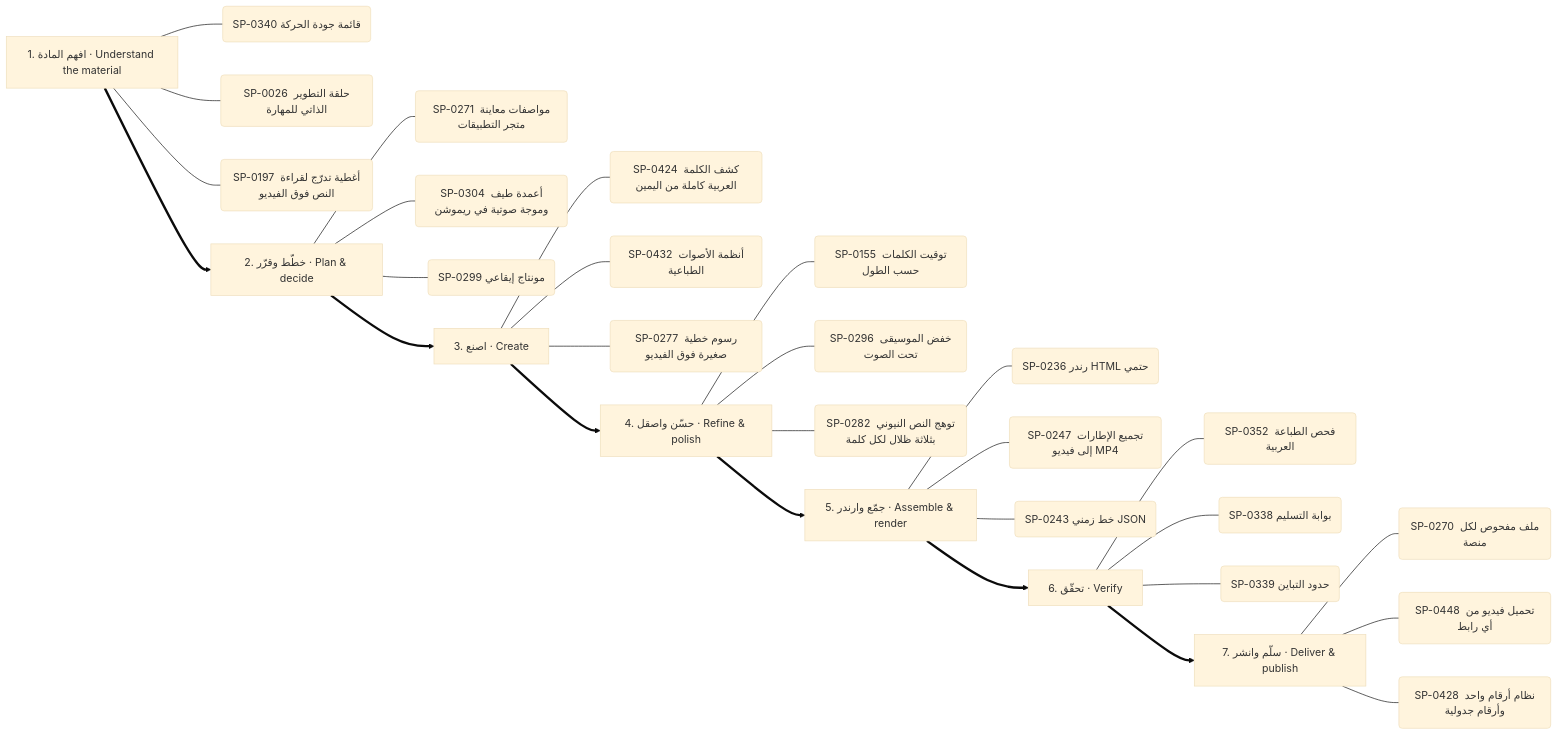
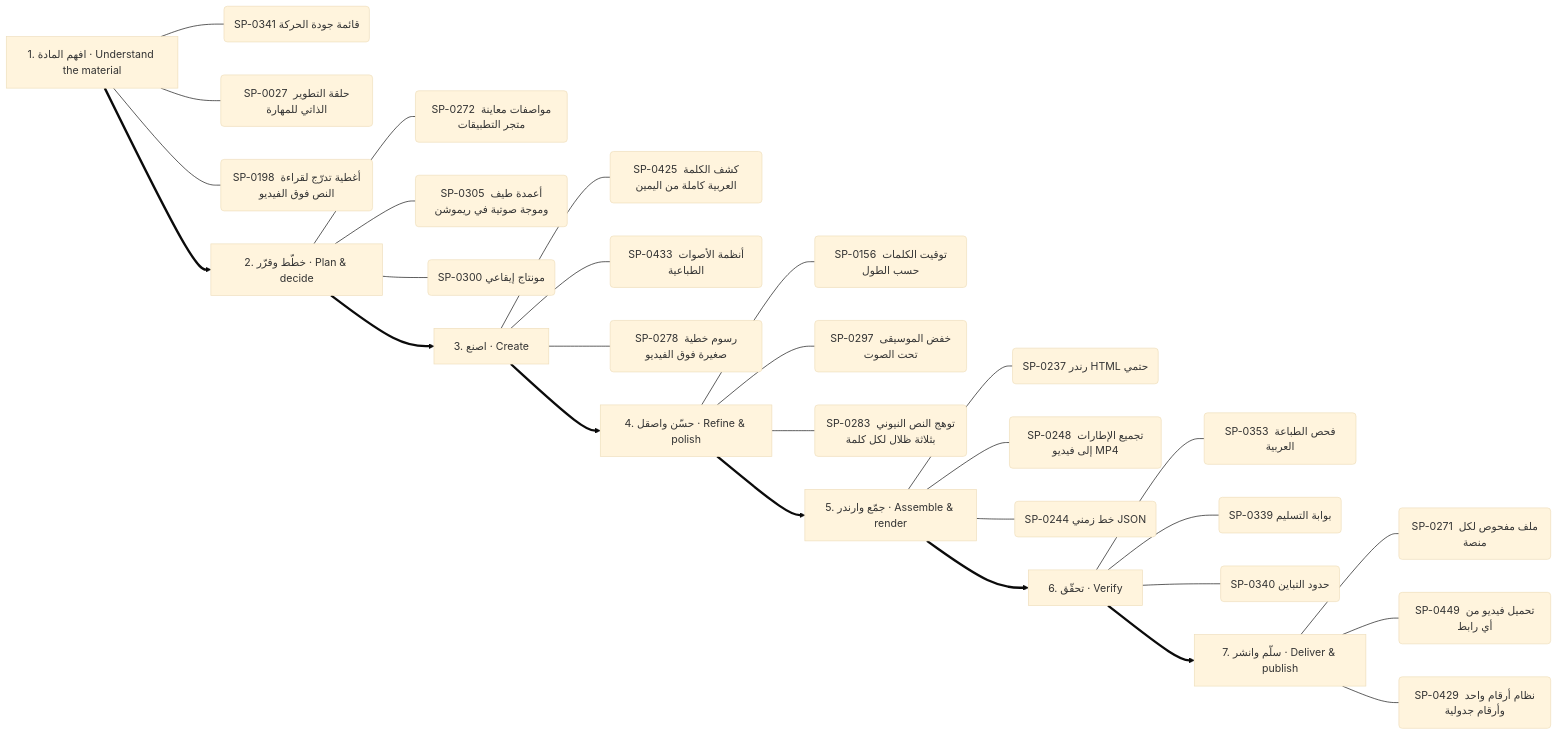
The second of 13 diagrams in .claude/skills/kosif-superpowers/references/capability-mindmap.md (kosif199022-jpg/kosif-tool), drawn with Mermaid (base theme) before and after one commit. The commit also changed other lines of this file and 9 other files, not shown here.

First line of the commit message:
Rebuild the fused superpowers, hubs, mind map and owned-repos map

````diff
--- a/.claude/skills/kosif-superpowers/references/capability-mindmap.md
+++ b/.claude/skills/kosif-superpowers/references/capability-mindmap.md
@@ -126,37 +126,37 @@
 ```mermaid
 flowchart LR
   S0["1. افهم المادة · Understand the material"]
-  S0 --- S0_0("SP-0340 قائمة جودة الحركة")
-  S0 --- S0_1("SP-0026 حلقة التطوير الذاتي للمهارة")
-  S0 --- S0_2("SP-0197 أغطية تدرّج لقراءة النص فوق الفيديو")
+  S0 --- S0_0("SP-0341 قائمة جودة الحركة")
+  S0 --- S0_1("SP-0027 حلقة التطوير الذاتي للمهارة")
+  S0 --- S0_2("SP-0198 أغطية تدرّج لقراءة النص فوق الفيديو")
   S1["2. خطّط وقرّر · Plan & decide"]
-  S1 --- S1_0("SP-0271 مواصفات معاينة متجر التطبيقات")
-  S1 --- S1_1("SP-0304 أعمدة طيف وموجة صوتية في ريموشن")
-  S1 --- S1_2("SP-0299 مونتاج إيقاعي")
+  S1 --- S1_0("SP-0272 مواصفات معاينة متجر التطبيقات")
+  S1 --- S1_1("SP-0305 أعمدة طيف وموجة صوتية في ريموشن")
+  S1 --- S1_2("SP-0300 مونتاج إيقاعي")
   S0 ==> S1
   S2["3. اصنع · Create"]
-  S2 --- S2_0("SP-0424 كشف الكلمة العربية كاملة من اليمين")
-  S2 --- S2_1("SP-0432 أنظمة الأصوات الطباعية")
-  S2 --- S2_2("SP-0277 رسوم خطية صغيرة فوق الفيديو")
+  S2 --- S2_0("SP-0425 كشف الكلمة العربية كاملة من اليمين")
+  S2 --- S2_1("SP-0433 أنظمة الأصوات الطباعية")
+  S2 --- S2_2("SP-0278 رسوم خطية صغيرة فوق الفيديو")
   S1 ==> S2
   S3["4. حسّن واصقل · Refine & polish"]
-  S3 --- S3_0("SP-0155 توقيت الكلمات حسب الطول")
-  S3 --- S3_1("SP-0296 خفض الموسيقى تحت الصوت")
-  S3 --- S3_2("SP-0282 توهج النص النيوني بثلاثة ظلال لكل كلمة")
+  S3 --- S3_0("SP-0156 توقيت الكلمات حسب الطول")
+  S3 --- S3_1("SP-0297 خفض الموسيقى تحت الصوت")
+  S3 --- S3_2("SP-0283 توهج النص النيوني بثلاثة ظلال لكل كلمة")
   S2 ==> S3
   S4["5. جمّع وارندر · Assemble & render"]
-  S4 --- S4_0("SP-0236 رندر HTML حتمي")
-  S4 --- S4_1("SP-0247 تجميع الإطارات إلى فيديو MP4")
-  S4 --- S4_2("SP-0243 خط زمني JSON")
+  S4 --- S4_0("SP-0237 رندر HTML حتمي")
+  S4 --- S4_1("SP-0248 تجميع الإطارات إلى فيديو MP4")
+  S4 --- S4_2("SP-0244 خط زمني JSON")
   S3 ==> S4
   S5["6. تحقّق · Verify"]
-  S5 --- S5_0("SP-0352 فحص الطباعة العربية")
-  S5 --- S5_1("SP-0338 بوابة التسليم")
-  S5 --- S5_2("SP-0339 حدود التباين")
+  S5 --- S5_0("SP-0353 فحص الطباعة العربية")
+  S5 --- S5_1("SP-0339 بوابة التسليم")
+  S5 --- S5_2("SP-0340 حدود التباين")
   S4 ==> S5
   S6["7. سلّم وانشر · Deliver & publish"]
-  S6 --- S6_0("SP-0270 ملف مفحوص لكل منصة")
-  S6 --- S6_1("SP-0448 تحميل فيديو من أي رابط")
-  S6 --- S6_2("SP-0428 نظام أرقام واحد وأرقام جدولية")
+  S6 --- S6_0("SP-0271 ملف مفحوص لكل منصة")
+  S6 --- S6_1("SP-0449 تحميل فيديو من أي رابط")
+  S6 --- S6_2("SP-0429 نظام أرقام واحد وأرقام جدولية")
   S5 ==> S6
 ```
````
